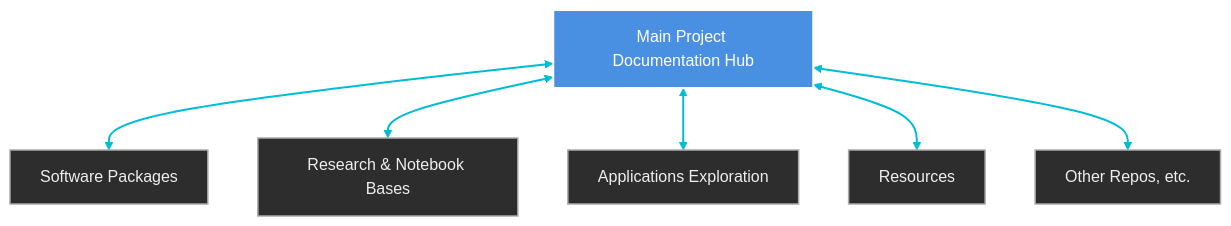
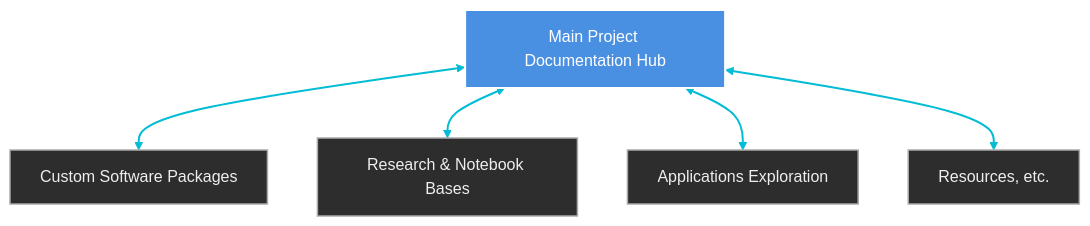
The diagram in docs/index.md (sessieresearchatsau/sessieresearchatsau.github.io), drawn with Mermaid before and after one commit. The commit also changed 1 other file, not shown here.

Commit message:
Update diagram

````diff
--- a/docs/index.md
+++ b/docs/index.md
@@ -17,20 +17,19 @@
 ```mermaid
 graph TD
     A[Main Project Documentation Hub]:::center
 
-    A <--> B[Software Packages]
+    A <--> B[Custom Software Packages]
     A <--> C[Research & Notebook Bases]
     A <--> D[Applications Exploration]
-    A <--> E[Resources]
-    A <--> F[Other Repos, etc.]
+    A <--> E[Resources, etc.]
 
     %% Node styles
     classDef center fill:#4a90e2,stroke:#ffffff,stroke-width:2px,color:#ffffff;
     classDef repo fill:#2d2d2d,stroke:#aaaaaa,stroke-width:1.5px,color:#eeeeee;
 
     %% Apply repo style to all outer nodes
-    class B,C,D,E,F repo;
+    class B,C,D,E repo;
 
     %% Arrow styles
     linkStyle default stroke:#00bcd4,stroke-width:2px;
 ```
````
